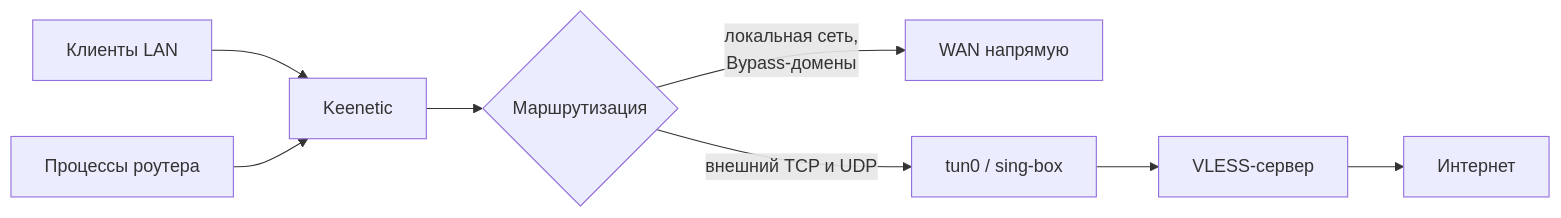
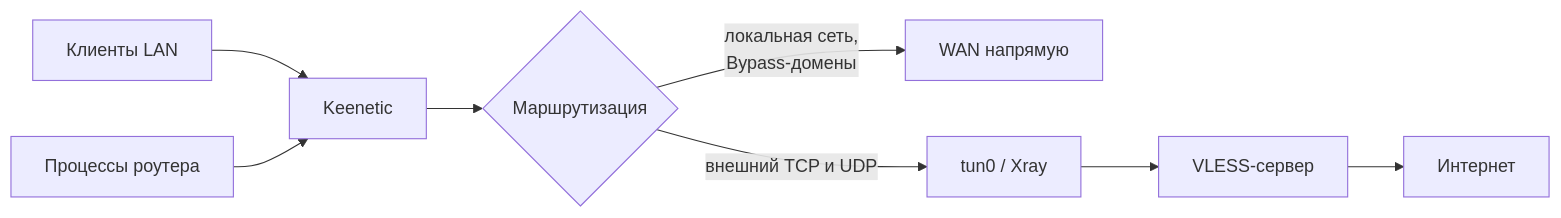
The diagram in docs/USER_GUIDE.md (wad350/vless-manager), drawn with Mermaid before and after one commit. The commit also changed other lines of this file and 2660 other files, not shown here.

````diff
--- a/docs/USER_GUIDE.md
+++ b/docs/USER_GUIDE.md
@@ -9,10 +9,10 @@
 ```mermaid
 flowchart LR
     LAN["Клиенты LAN"] --> ROUTER["Keenetic"]
     LOCAL["Процессы роутера"] --> ROUTER
     ROUTER --> RULES{"Маршрутизация"}
     RULES -->|"локальная сеть,<br/>Bypass-домены"| WAN["WAN напрямую"]
-    RULES -->|"внешний TCP и UDP"| TUN["tun0 / sing-box"]
+    RULES -->|"внешний TCP и UDP"| TUN["tun0 / Xray"]
     TUN --> VLESS["VLESS-сервер"]
     VLESS --> INTERNET["Интернет"]
 ```
````
